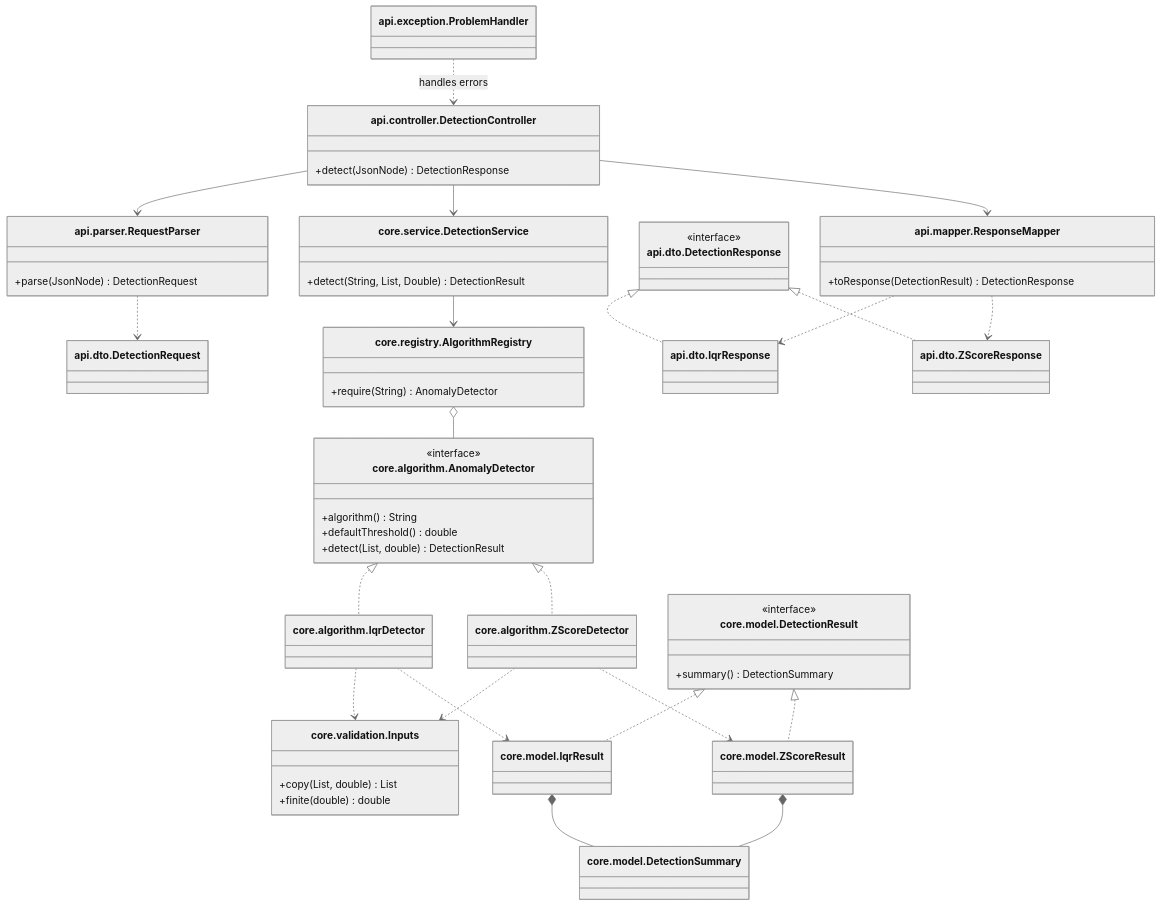
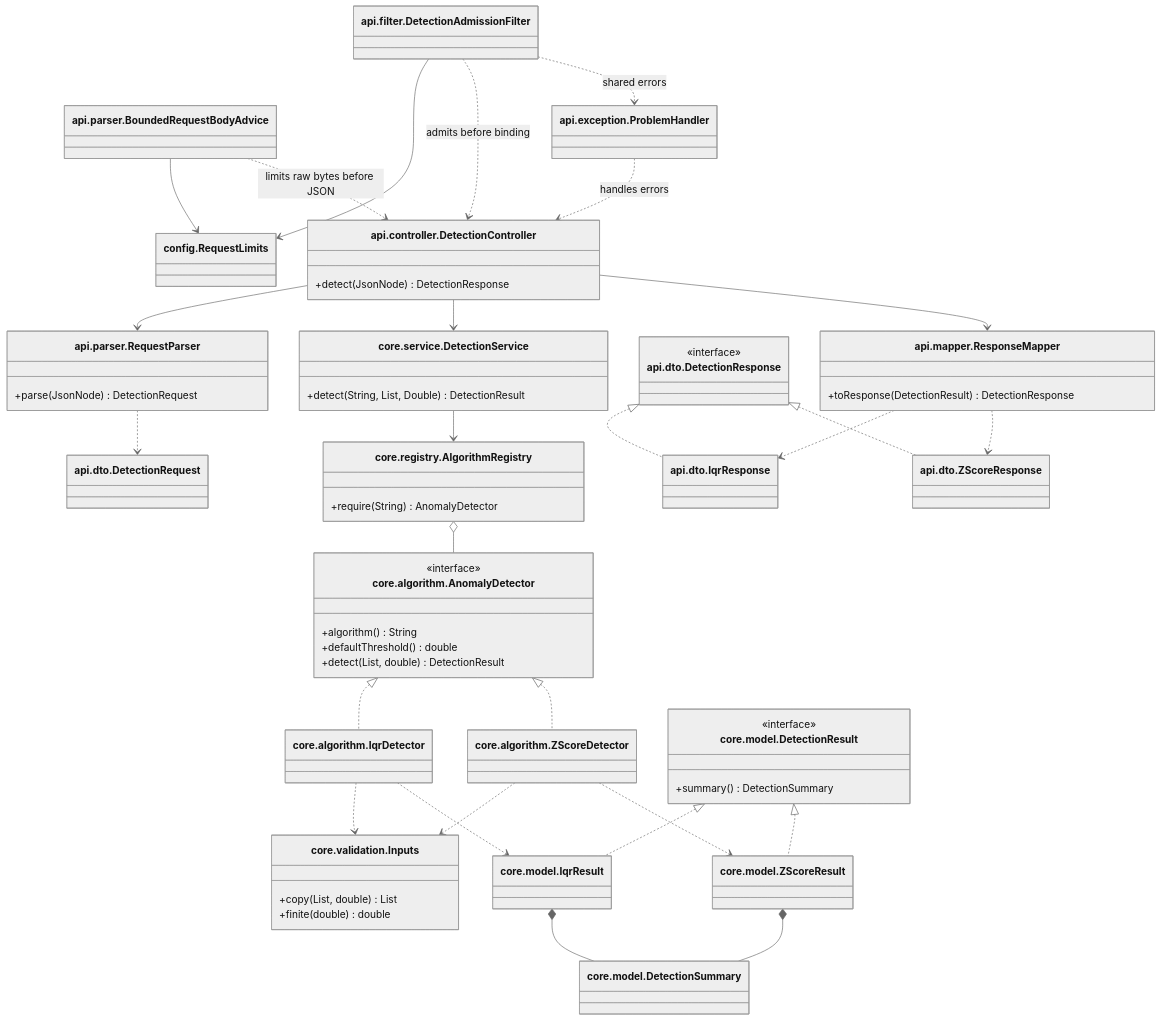
One commit to ali-souri/anomaly-detection changed the diagram in docs/architecture.md. Above: the diagram before and after it, drawn with Mermaid (neutral theme). The commit also changed other lines of this file and 7 other files, not shown here.

````diff
--- a/docs/architecture.md
+++ b/docs/architecture.md
@@ -49,65 +50,73 @@
 ```mermaid
 classDiagram
+    class DetectionAdmissionFilter["api.filter.DetectionAdmissionFilter"]
+    class BoundedRequestBodyAdvice["api.parser.BoundedRequestBodyAdvice"]
+    class RequestLimits["config.RequestLimits"]
     class DetectionController["api.controller.DetectionController"] {
       +detect(JsonNode) DetectionResponse
     }
     class RequestParser["api.parser.RequestParser"] {
       +parse(JsonNode) DetectionRequest
     }
     class DetectionRequest["api.dto.DetectionRequest"]
     class ResponseMapper["api.mapper.ResponseMapper"] {
       +toResponse(DetectionResult) DetectionResponse
     }
     class DetectionResponse["api.dto.DetectionResponse"] {
       <<interface>>
     }
     class IqrResponse["api.dto.IqrResponse"]
     class ZScoreResponse["api.dto.ZScoreResponse"]
     class DetectionService["core.service.DetectionService"] {
       +detect(String, List, Double) DetectionResult
     }
     class AlgorithmRegistry["core.registry.AlgorithmRegistry"] {
       +require(String) AnomalyDetector
     }
     class AnomalyDetector["core.algorithm.AnomalyDetector"] {
       <<interface>>
       +algorithm() String
       +defaultThreshold() double
       +detect(List, double) DetectionResult
     }
     class IqrDetector["core.algorithm.IqrDetector"]
     class ZScoreDetector["core.algorithm.ZScoreDetector"]
     class DetectionResult["core.model.DetectionResult"] {
       <<interface>>
       +summary() DetectionSummary
     }
     class IqrResult["core.model.IqrResult"]
     class ZScoreResult["core.model.ZScoreResult"]
     class DetectionSummary["core.model.DetectionSummary"]
     class Inputs["core.validation.Inputs"] {
       +copy(List, double) List
       +finite(double) double
     }
     class ProblemHandler["api.exception.ProblemHandler"]
+    DetectionAdmissionFilter --> RequestLimits
+    DetectionAdmissionFilter ..> DetectionController : admits before binding
+    DetectionAdmissionFilter ..> ProblemHandler : shared errors
+    BoundedRequestBodyAdvice --> RequestLimits
+    BoundedRequestBodyAdvice ..> DetectionController : limits raw bytes before JSON
     DetectionController --> RequestParser
     RequestParser ..> DetectionRequest
     DetectionController --> DetectionService
     DetectionController --> ResponseMapper
     ResponseMapper ..> IqrResponse
     ResponseMapper ..> ZScoreResponse
     DetectionResponse <|.. IqrResponse
     DetectionResponse <|.. ZScoreResponse
     DetectionService --> AlgorithmRegistry
     AlgorithmRegistry o-- AnomalyDetector
     AnomalyDetector <|.. IqrDetector
     AnomalyDetector <|.. ZScoreDetector
     IqrDetector ..> Inputs
     ZScoreDetector ..> Inputs
     IqrDetector ..> IqrResult
     ZScoreDetector ..> ZScoreResult
     DetectionResult <|.. IqrResult
     DetectionResult <|.. ZScoreResult
     IqrResult *-- DetectionSummary
     ZScoreResult *-- DetectionSummary
     ProblemHandler ..> DetectionController : handles errors
 ```
````
